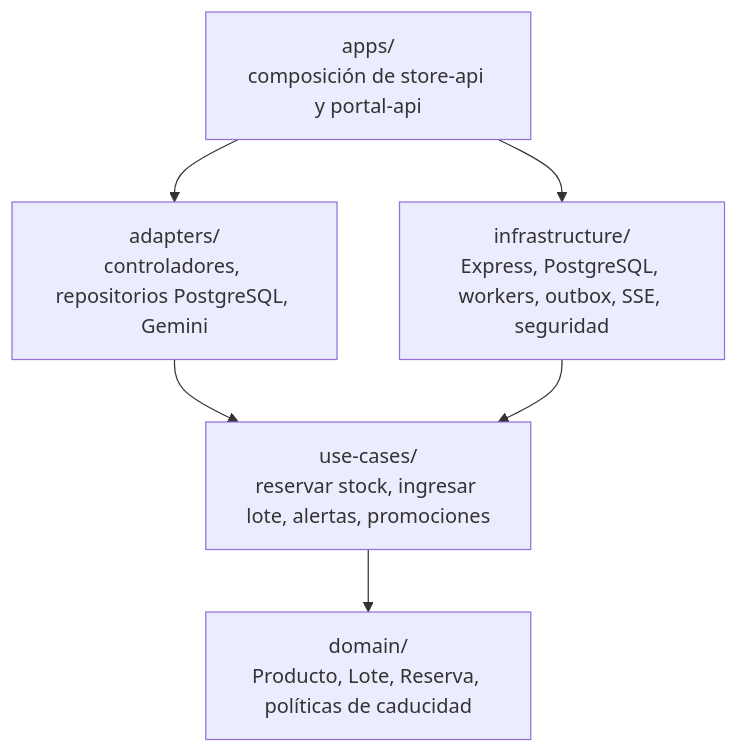
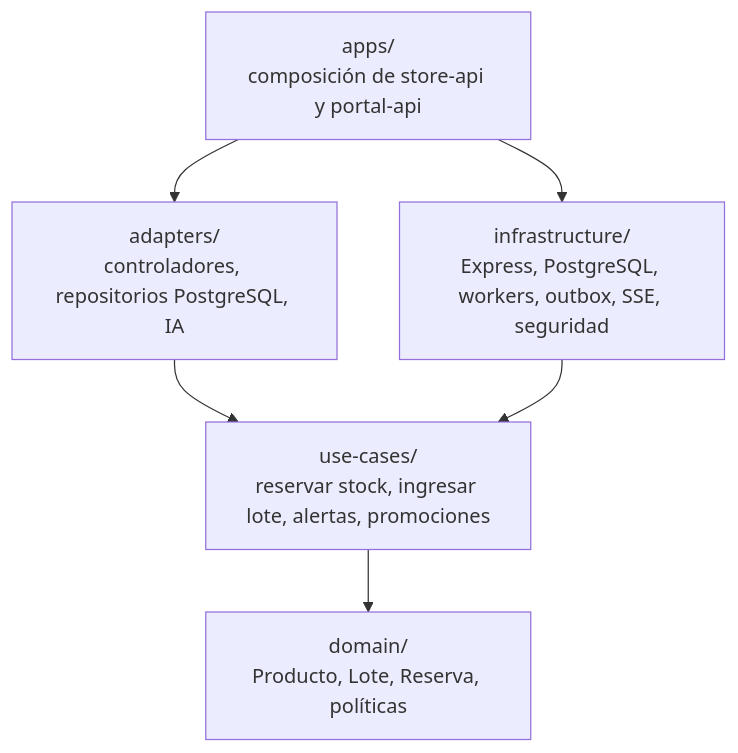
One commit to kiramman-mp3/EcosistemaKaren changed the third of 3 diagrams in README.md. Above: the diagram before and after it, drawn with Mermaid. The commit also changed other lines of this file, not shown here.

````diff
--- a/README.md
+++ b/README.md
@@ -131,14 +363,8 @@
 ```mermaid
-flowchart TB
-    Apps["apps/<br/>composición de store-api y portal-api"]
-    Adapters["adapters/<br/>controladores, repositorios PostgreSQL, Gemini"]
-    Infra["infrastructure/<br/>Express, PostgreSQL, workers, outbox, SSE, seguridad"]
-    UseCases["use-cases/<br/>reservar stock, ingresar lote, alertas, promociones"]
-    Domain["domain/<br/>Producto, Lote, Reserva, políticas de caducidad"]
-
-    Apps --> Adapters
-    Apps --> Infra
-    Adapters --> UseCases
+graph TD
+    Apps["apps/<br/>composición de store-api y portal-api"] --> Adapters["adapters/<br/>controladores, repositorios PostgreSQL, IA"]
+    Apps --> Infra["infrastructure/<br/>Express, PostgreSQL, workers, outbox, SSE, seguridad"]
+    Adapters --> UseCases["use-cases/<br/>reservar stock, ingresar lote, alertas, promociones"]
     Infra --> UseCases
-    UseCases --> Domain
+    UseCases --> Domain["domain/<br/>Producto, Lote, Reserva, políticas"]
 ```
````
